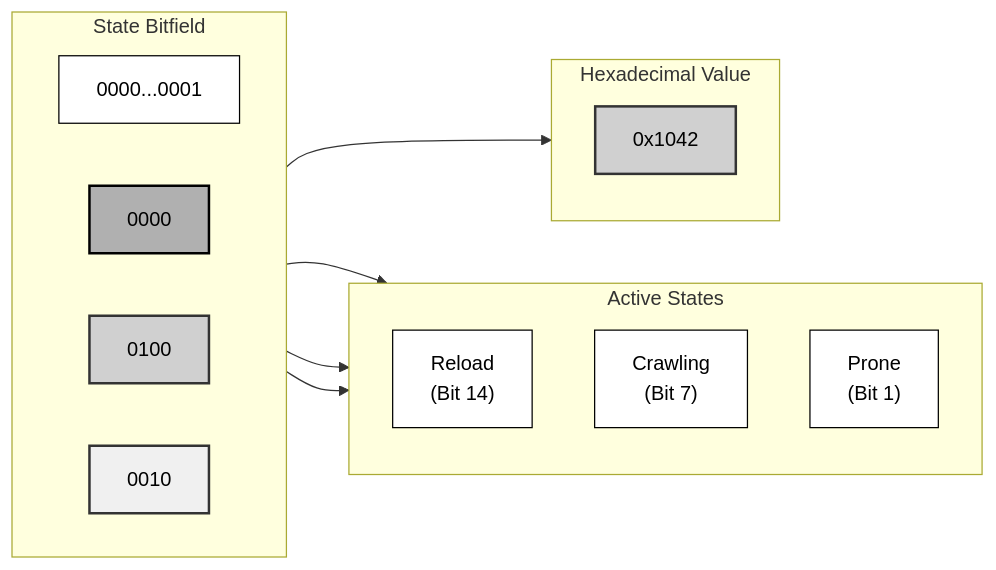
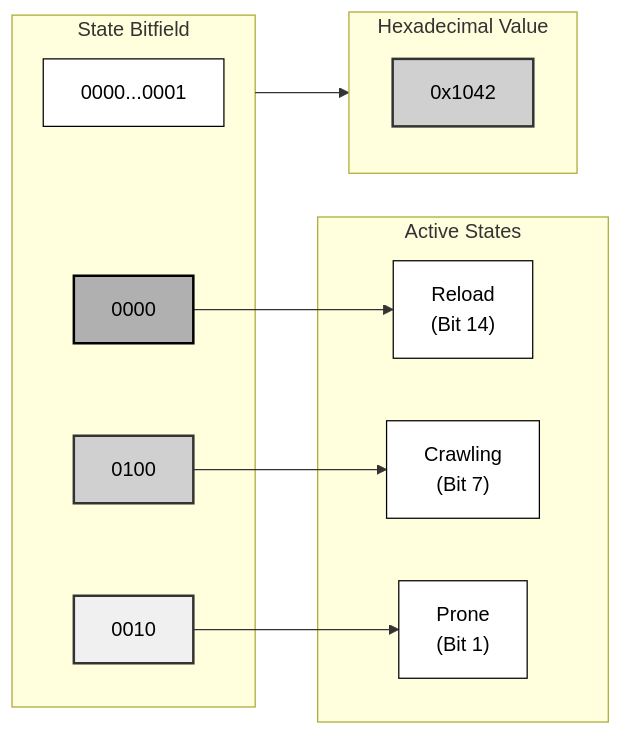
The second of 10 diagrams in appendix_a_state_world_systems.md (jukofyork/close-combat-architecture-study), drawn with Mermaid before and after one commit. The commit also changed other lines of this file and 8 other files, not shown here.

````diff
--- a/appendix_a_state_world_systems.md
+++ b/appendix_a_state_world_systems.md
@@ -157,37 +154,35 @@
 ```mermaid
 flowchart LR
     subgraph StateRepresentation["State Bitfield"]
-        direction LR
         unused["0000...0001"]
         reloadBits["0000"]
         crawlBits["0100"]
         proneBits["0010"]
     end
     
     subgraph ActiveStates["Active States"]
-        direction TB
         reload["Reload<br>(Bit 14)"]
         crawl["Crawling<br>(Bit 7)"]
         prone["Prone<br>(Bit 1)"]
     end
     
     subgraph HexValue["Hexadecimal Value"]
         hex["0x1042"]
     end
     
     reloadBits --> reload
     crawlBits --> crawl
     proneBits --> prone
     
     StateRepresentation --> HexValue
     
     classDef default fill:#fff,stroke:#000,stroke-width:1px,color:#000
     classDef light fill:#f0f0f0,stroke:#333,stroke-width:2px,color:#000
     classDef medium fill:#d0d0d0,stroke:#333,stroke-width:2px,color:#000
     classDef dark fill:#b0b0b0,stroke:#000,stroke-width:2px,color:#000
     
     class reloadBits dark
     class crawlBits medium
     class proneBits light
     class hex medium
 ```
````
